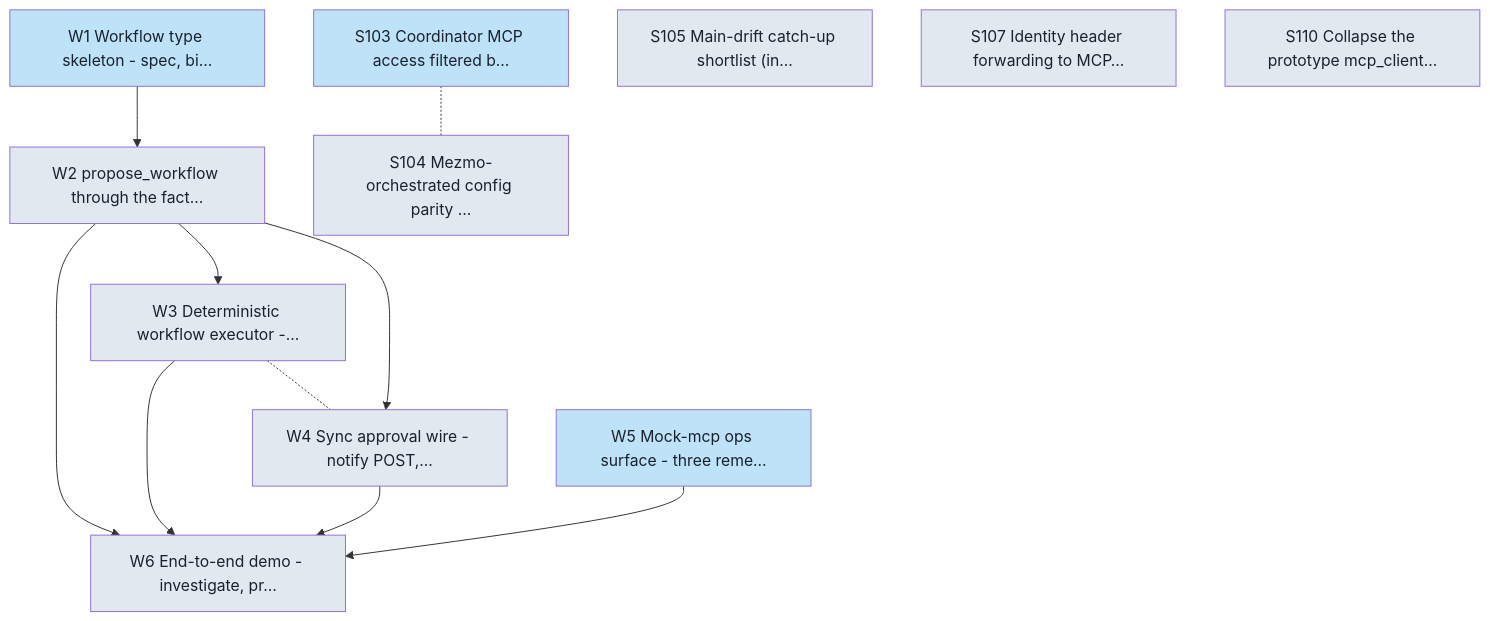
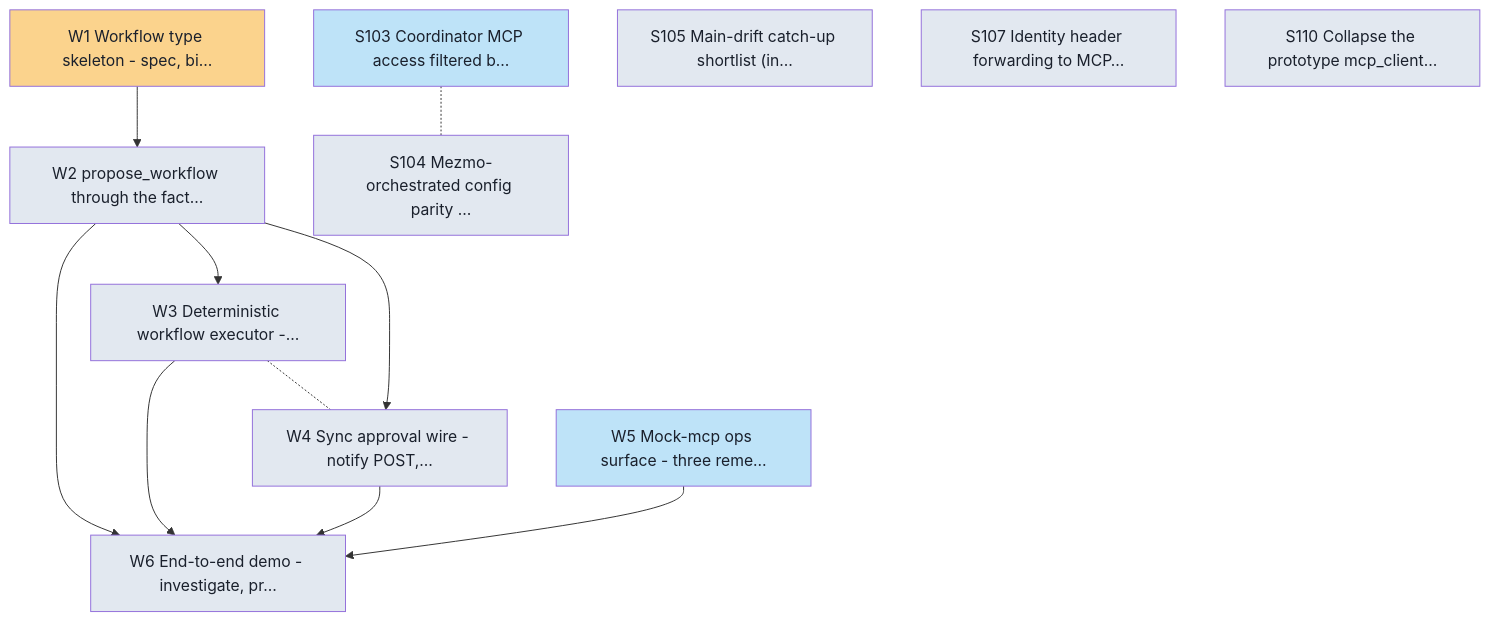
One commit to Shearerbeard/agent-driver-prototype changed the diagram in docs/board/cards/graph.md. Above: the diagram before and after it, drawn with Mermaid. The commit also changed 3 other files, not shown here.

````diff
--- a/docs/board/cards/graph.md
+++ b/docs/board/cards/graph.md
@@ -8,28 +8,28 @@
 ```mermaid
 flowchart TD
   classDef backlog fill:#e2e8f0,color:#1a202c;
   classDef ready fill:#bee3f8,color:#1a202c;
   classDef inprogress fill:#fbd38d,color:#1a202c;
   classDef inreview fill:#d6bcfa,color:#1a202c;
   classDef done fill:#c6f6d5,color:#1a202c;
-  W1["W1 Workflow type skeleton - spec, bi…"]:::ready
+  W1["W1 Workflow type skeleton - spec, bi…"]:::inprogress
   W2["W2 propose_workflow through the fact…"]:::backlog
   W3["W3 Deterministic workflow executor -…"]:::backlog
   W4["W4 Sync approval wire - notify POST,…"]:::backlog
   W5["W5 Mock-mcp ops surface - three reme…"]:::ready
   W6["W6 End-to-end demo - investigate, pr…"]:::backlog
   S103["S103 Coordinator MCP access filtered b…"]:::ready
   S104["S104 Mezmo-orchestrated config parity …"]:::backlog
   S105["S105 Main-drift catch-up shortlist (in…"]:::backlog
   S107["S107 Identity header forwarding to MCP…"]:::backlog
   S110["S110 Collapse the prototype mcp_client…"]:::backlog
   W1 --> W2
   W2 --> W3
   W3 -.- W4
   W2 --> W4
   W2 --> W6
   W3 --> W6
   W4 --> W6
   W5 --> W6
   S103 -.- S104
 ```
````
